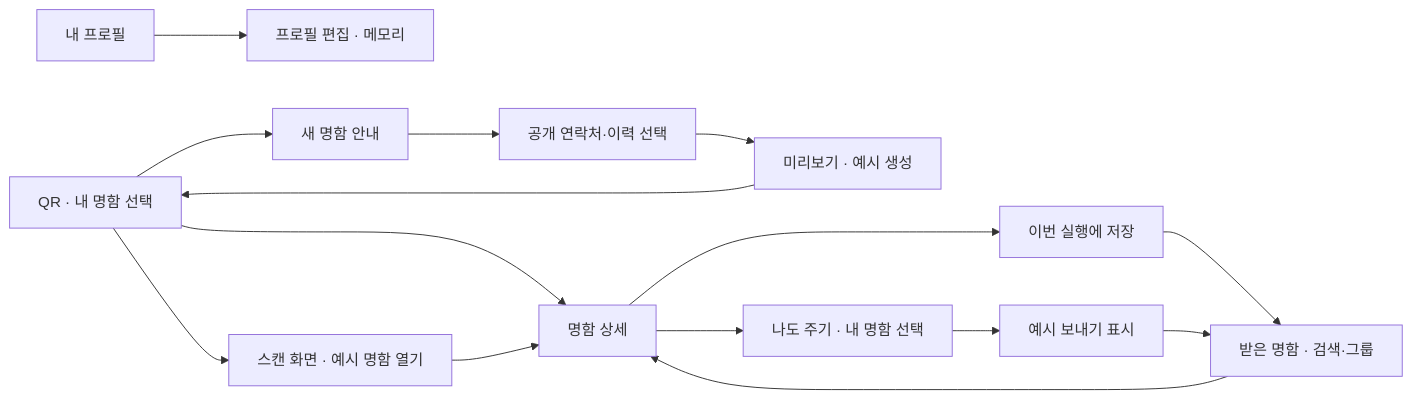
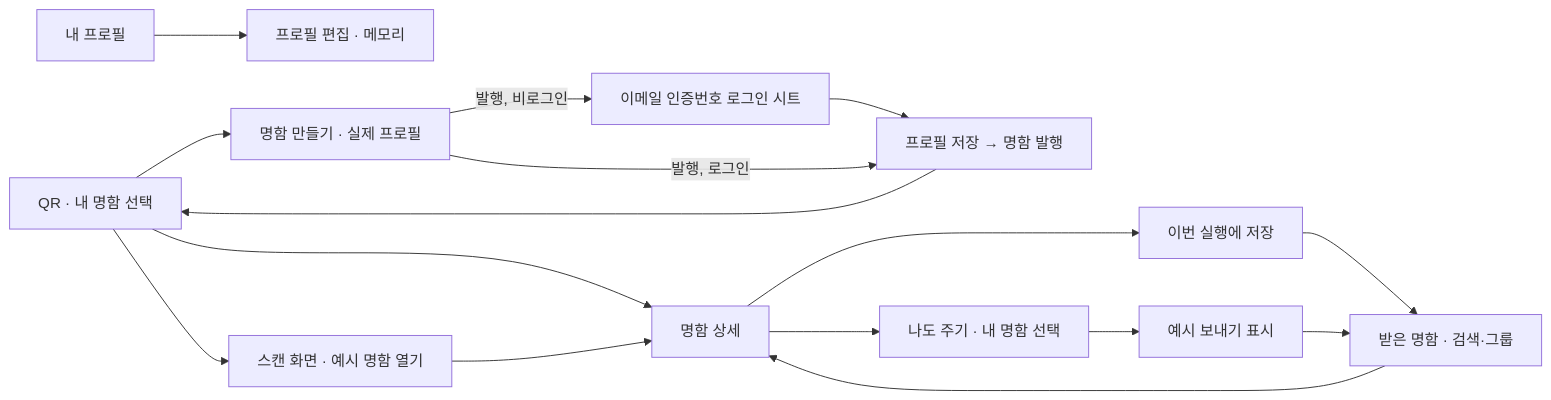
Before and after one commit to fixabley/dearby: the second of 2 diagrams in docs/context/mobile-ui-prototype.md, drawn with Mermaid. The commit also changed other lines of this file and 4 other files, not shown here.

Commit message:
docs: card composer flow, sign-in on publish and removed example editor

````diff
--- a/docs/context/mobile-ui-prototype.md
+++ b/docs/context/mobile-ui-prototype.md
@@ -48,17 +48,18 @@
 ```mermaid
 flowchart LR
     PROFILE["내 프로필"] --> EDIT["프로필 편집 · 메모리"]
     QR["QR · 내 명함 선택"] --> CARD["명함 상세"]
-    QR --> NEW["새 명함 안내"]
-    NEW --> COMPOSE["공개 연락처·이력 선택"]
-    COMPOSE --> PREVIEW["미리보기 · 예시 생성"]
-    PREVIEW --> QR
+    QR --> COMPOSE["명함 만들기 · 실제 프로필"]
+    COMPOSE -->|발행, 비로그인| SIGNIN["이메일 인증번호 로그인 시트"]
+    SIGNIN --> PUBLISH["프로필 저장 → 명함 발행"]
+    COMPOSE -->|발행, 로그인| PUBLISH
+    PUBLISH --> QR
     QR --> SCAN["스캔 화면 · 예시 명함 열기"]
     SCAN --> CARD
     WALLET["받은 명함 · 검색·그룹"] --> CARD
     CARD --> SAVE["이번 실행에 저장"]
     SAVE --> WALLET
     CARD --> PICK["나도 주기 · 내 명함 선택"]
     PICK --> SENT["예시 보내기 표시"]
     SENT --> WALLET
 ```
````
